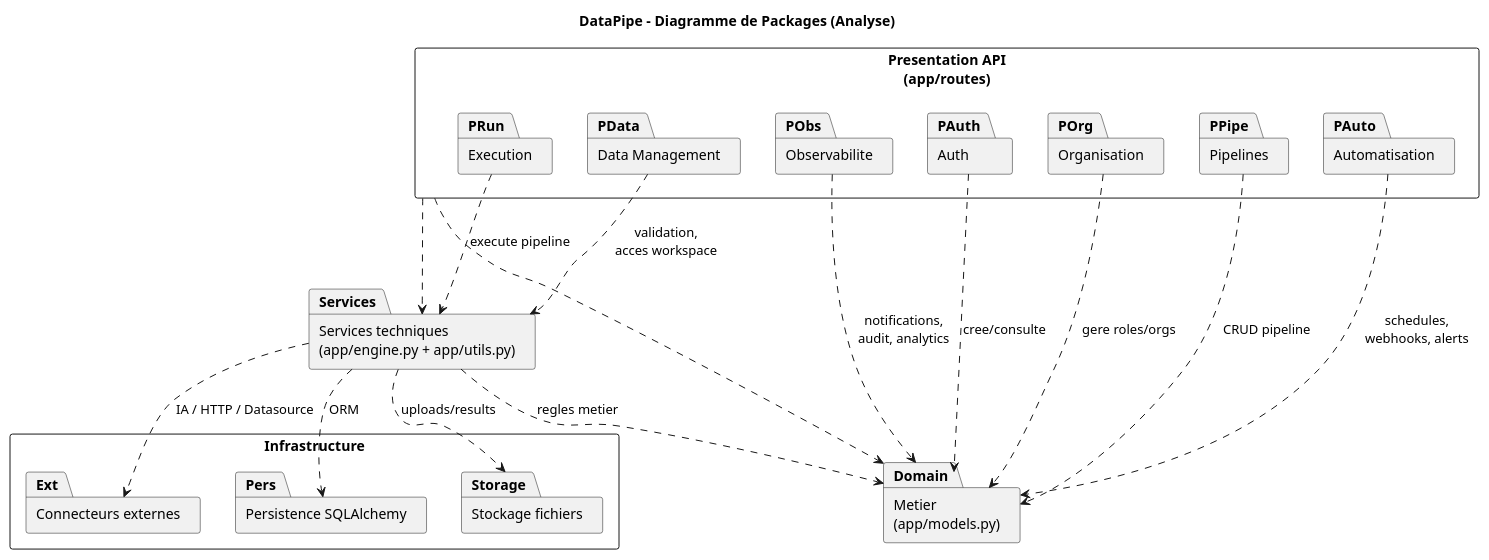
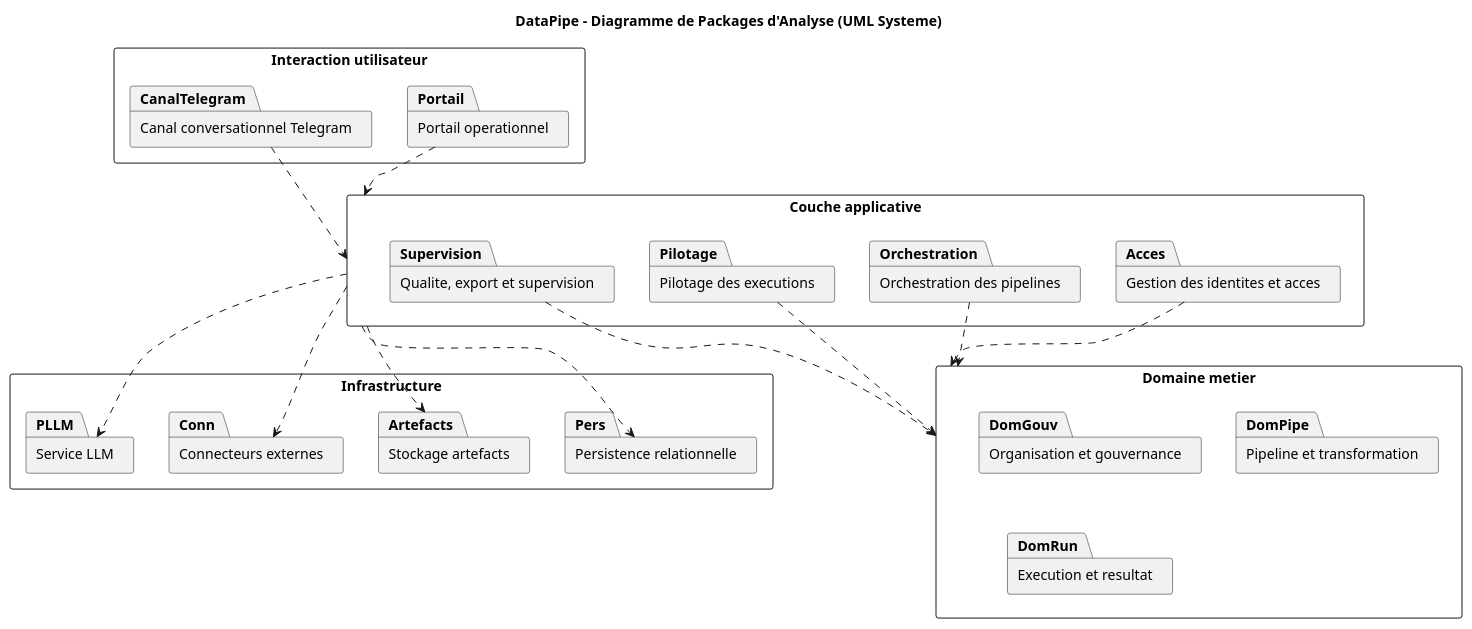
Before and after one commit to Delmat237/DataPipe---ETL-Visuel-pour-Pipelines-Bancaires: the diagram in analyses/02_packages_analyse.puml, drawn with PlantUML. The commit also changed 11 other files, not shown here.

First line of the commit message:
docs: refondre la modélisation UML en vue système

```diff
--- a/analyses/02_packages_analyse.puml
+++ b/analyses/02_packages_analyse.puml
@@ -1,41 +1,45 @@
 @startuml
-title DataPipe - Diagramme de Packages (Analyse)
+title DataPipe - Diagramme de Packages d'Analyse (UML Systeme)
 top to bottom direction
 skinparam shadowing false
 skinparam packageStyle rectangle
 
-package "Presentation API\n(app/routes)" as API {
-  package "Auth" as PAuth
-  package "Organisation" as POrg
-  package "Pipelines" as PPipe
-  package "Execution" as PRun
-  package "Data Management" as PData
-  package "Automatisation" as PAuto
-  package "Observabilite" as PObs
+package "Interaction utilisateur" as PInteraction {
+  package "Portail operationnel" as Portail
+  package "Canal conversationnel Telegram" as CanalTelegram
 }
 
-package "Metier\n(app/models.py)" as Domain
-package "Services techniques\n(app/engine.py + app/utils.py)" as Services
-package "Infrastructure" as Infra {
-  package "Persistence SQLAlchemy" as Pers
-  package "Stockage fichiers" as Storage
-  package "Connecteurs externes" as Ext
+package "Couche applicative" as PApplicative {
+  package "Gestion des identites et acces" as Acces
+  package "Orchestration des pipelines" as Orchestration
+  package "Pilotage des executions" as Pilotage
+  package "Qualite, export et supervision" as Supervision
 }
 
-PAuth ..> Domain : cree/consulte
-POrg ..> Domain : gere roles/orgs
-PPipe ..> Domain : CRUD pipeline
-PRun ..> Services : execute pipeline
-PData ..> Services : validation,\nacces workspace
-PAuto ..> Domain : schedules,\nwebhooks, alerts
-PObs ..> Domain : notifications,\naudit, analytics
+package "Domaine metier" as PDomaine {
+  package "Organisation et gouvernance" as DomGouv
+  package "Pipeline et transformation" as DomPipe
+  package "Execution et resultat" as DomRun
+}
 
-Services ..> Domain : regles metier
-Services ..> Pers : ORM
-Services ..> Storage : uploads/results
-Services ..> Ext : IA / HTTP / Datasource
+package "Infrastructure" as PInfra {
+  package "Persistence relationnelle" as Pers
+  package "Stockage artefacts" as Artefacts
+  package "Connecteurs externes" as Conn
+  package "Service LLM" as PLLM
+}
 
-API ..> Services
-API ..> Domain
+Portail ..> PApplicative
+CanalTelegram ..> PApplicative
+
+Acces ..> PDomaine
+Orchestration ..> PDomaine
+Pilotage ..> PDomaine
+Supervision ..> PDomaine
+
+PApplicative ..> Pers
+PApplicative ..> Artefacts
+PApplicative ..> Conn
+PApplicative ..> PLLM
 
 @enduml
```
